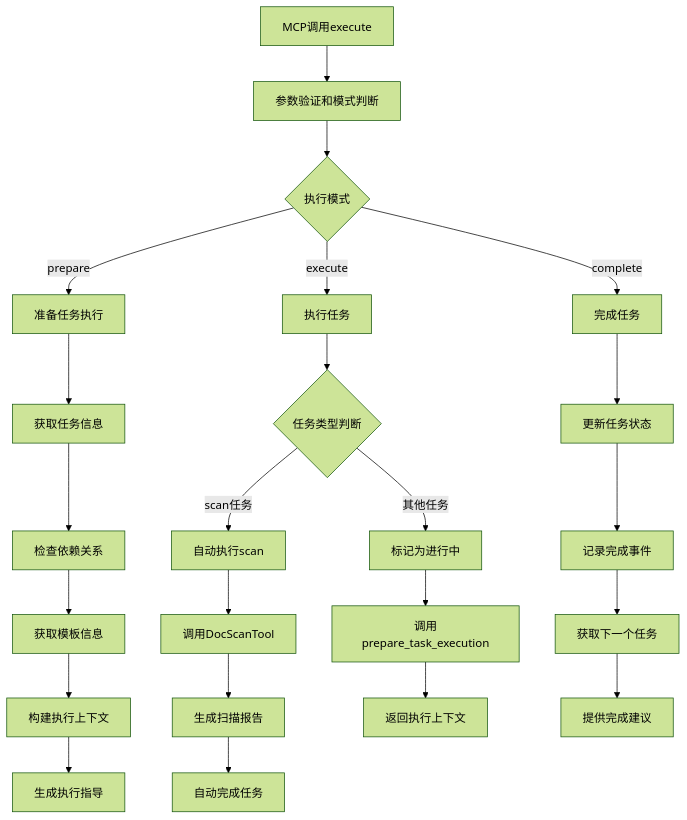
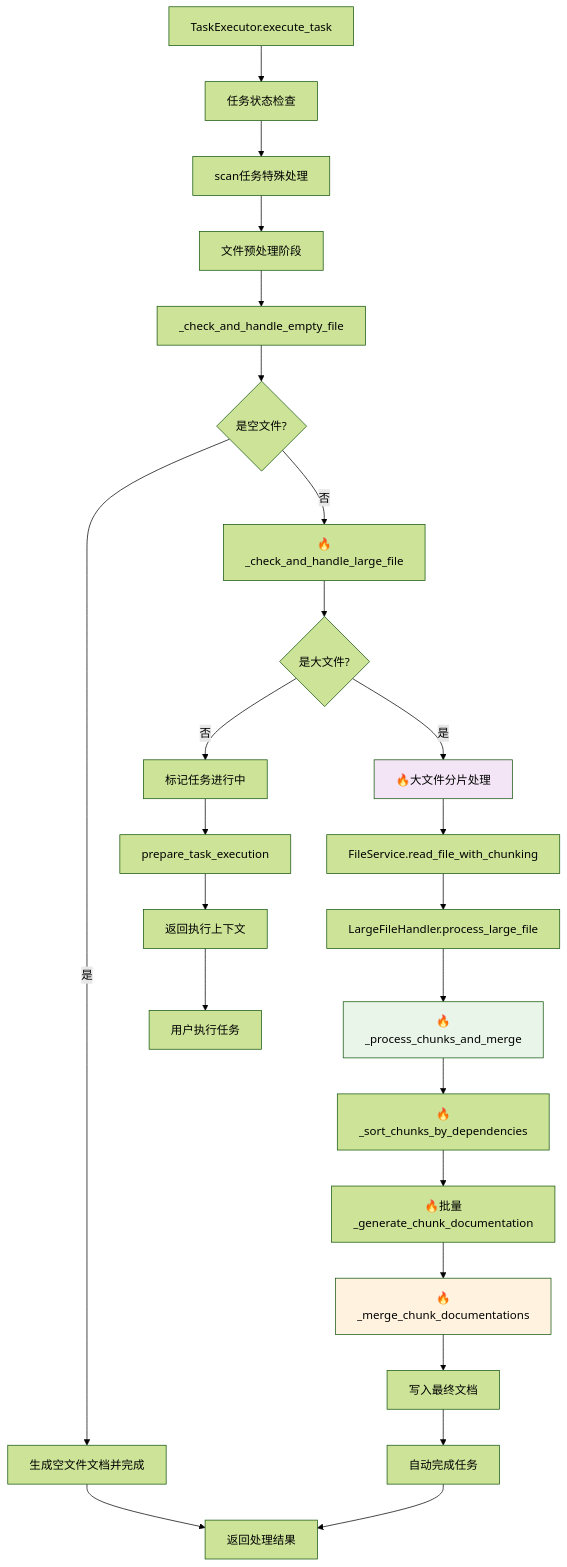
The third of 3 diagrams in docs/files/summaries/src/mcp_tools/task_execute.py.md (MGX-LJY/CodeLens), drawn with Mermaid (forest theme) before and after one commit. The commit also changed other lines of this file and 20 other files, not shown here.

````diff
--- a/docs/files/summaries/src/mcp_tools/task_execute.py.md
+++ b/docs/files/summaries/src/mcp_tools/task_execute.py.md
@@ -109,31 +308,36 @@
 ```mermaid
 graph TD
-    A[MCP调用execute] --> B[参数验证和模式判断]
-    B --> C{执行模式}
+    A[TaskExecutor.execute_task] --> B[任务状态检查]
+    B --> C[scan任务特殊处理]
+    C --> D[文件预处理阶段]
     
-    C -->|prepare| D[准备任务执行]
-    C -->|execute| E[执行任务]
-    C -->|complete| F[完成任务]
+    D --> E[_check_and_handle_empty_file]
+    E --> F{是空文件?}
+    F -->|是| G[生成空文件文档并完成]
+    F -->|否| H[🔥_check_and_handle_large_file]
     
-    D --> G[获取任务信息]
-    G --> H[检查依赖关系]
-    H --> I[获取模板信息]
-    I --> J[构建执行上下文]
-    J --> K[生成执行指导]
+    H --> I{是大文件?}
+    I -->|否| J[标记任务进行中]
+    I -->|是| K[🔥大文件分片处理]
     
-    E --> L{任务类型判断}
-    L -->|scan任务| M[自动执行scan]
-    L -->|其他任务| N[标记为进行中]
+    K --> L[FileService.read_file_with_chunking]
+    L --> M[LargeFileHandler.process_large_file]
+    M --> N[🔥_process_chunks_and_merge]
     
-    M --> O[调用DocScanTool]
-    O --> P[生成扫描报告]
-    P --> Q[自动完成任务]
+    N --> O[🔥_sort_chunks_by_dependencies]
+    O --> P[🔥批量_generate_chunk_documentation]
+    P --> Q[🔥_merge_chunk_documentations]
+    Q --> R[写入最终文档]
+    R --> S[自动完成任务]
     
-    N --> R[调用prepare_task_execution]
-    R --> S[返回执行上下文]
+    J --> T[prepare_task_execution]
+    T --> U[返回执行上下文]
     
-    F --> T[更新任务状态]
-    T --> U[记录完成事件]
-    U --> V[获取下一个任务]
-    V --> W[提供完成建议]
+    G --> V[返回处理结果]
+    S --> V
+    U --> W[用户执行任务]
+    
+    style K fill:#f3e5f5
+    style N fill:#e8f5e8
+    style Q fill:#fff3e0
 ```
````
